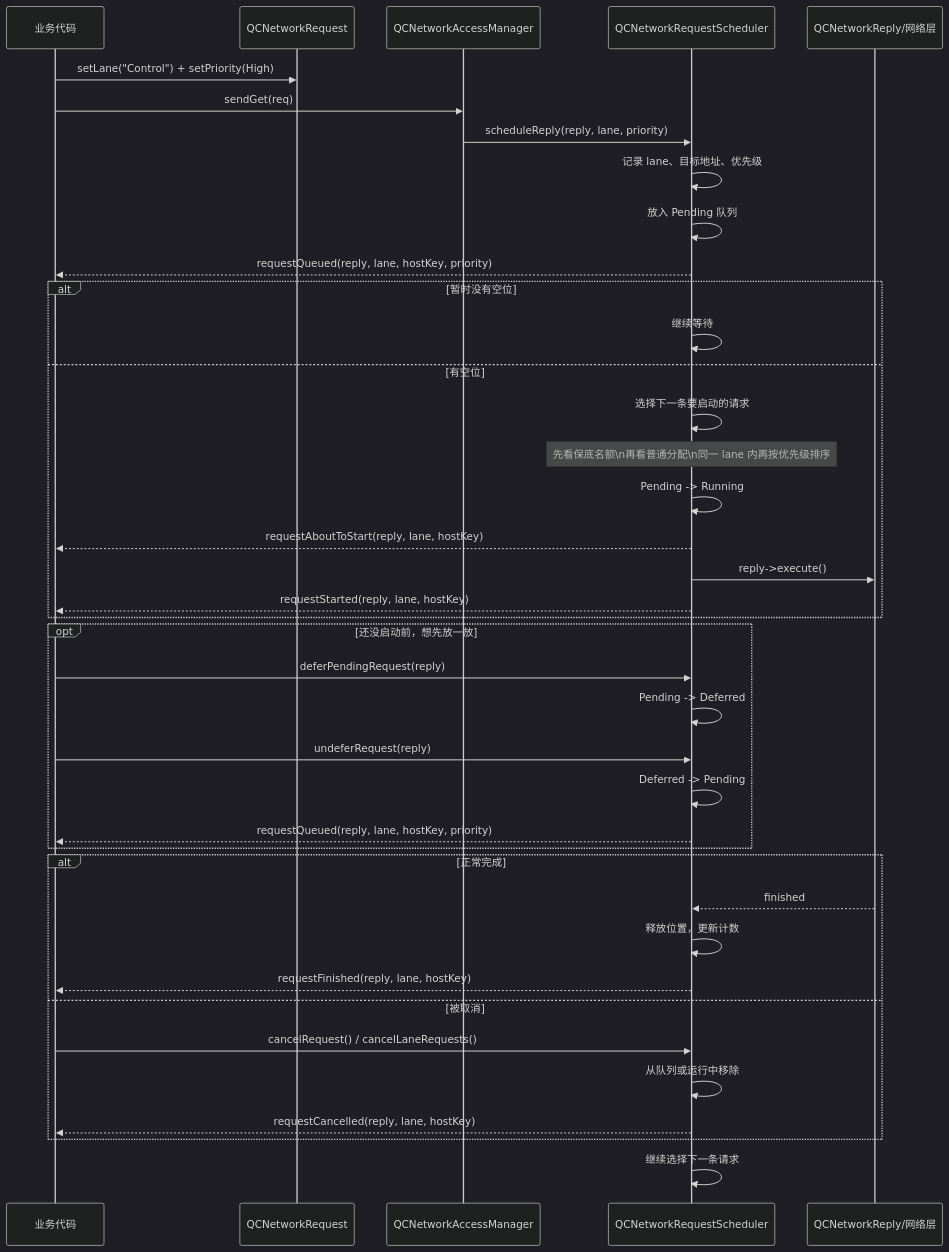
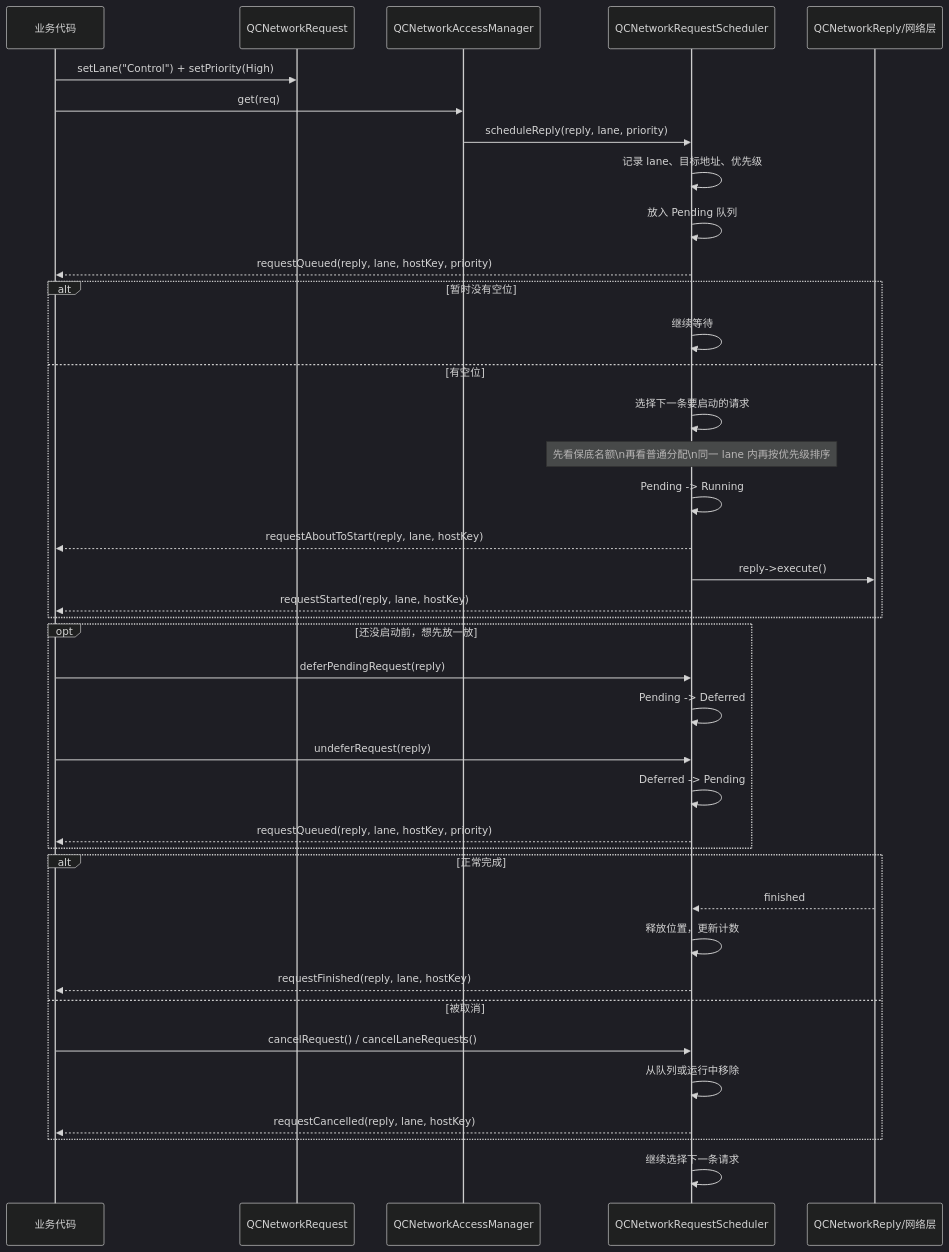
Before and after one commit to SunRain/QCurl: the diagram in docs/user/lane-scheduler.md, drawn with Mermaid (dark theme). The commit also changed 16 other files, not shown here.

````diff
--- a/docs/user/lane-scheduler.md
+++ b/docs/user/lane-scheduler.md
@@ -123,47 +123,47 @@
 ```mermaid
 sequenceDiagram
     participant Biz as 业务代码
     participant Req as QCNetworkRequest
     participant Mgr as QCNetworkAccessManager
     participant Sch as QCNetworkRequestScheduler
     participant Net as QCNetworkReply/网络层
 
     Biz->>Req: setLane("Control") + setPriority(High)
-    Biz->>Mgr: sendGet(req)
+    Biz->>Mgr: get(req)
     Mgr->>Sch: scheduleReply(reply, lane, priority)
 
     Sch->>Sch: 记录 lane、目标地址、优先级
     Sch->>Sch: 放入 Pending 队列
     Sch-->>Biz: requestQueued(reply, lane, hostKey, priority)
 
     alt 暂时没有空位
         Sch->>Sch: 继续等待
     else 有空位
         Sch->>Sch: 选择下一条要启动的请求
         Note over Sch: 先看保底名额\n再看普通分配\n同一 lane 内再按优先级排序
         Sch->>Sch: Pending -> Running
         Sch-->>Biz: requestAboutToStart(reply, lane, hostKey)
         Sch->>Net: reply->execute()
         Sch-->>Biz: requestStarted(reply, lane, hostKey)
     end
 
     opt 还没启动前，想先放一放
         Biz->>Sch: deferPendingRequest(reply)
         Sch->>Sch: Pending -> Deferred
         Biz->>Sch: undeferRequest(reply)
         Sch->>Sch: Deferred -> Pending
         Sch-->>Biz: requestQueued(reply, lane, hostKey, priority)
     end
 
     alt 正常完成
         Net-->>Sch: finished
         Sch->>Sch: 释放位置，更新计数
         Sch-->>Biz: requestFinished(reply, lane, hostKey)
     else 被取消
         Biz->>Sch: cancelRequest() / cancelLaneRequests()
         Sch->>Sch: 从队列或运行中移除
         Sch-->>Biz: requestCancelled(reply, lane, hostKey)
     end
 
     Sch->>Sch: 继续选择下一条请求
 ```
````
